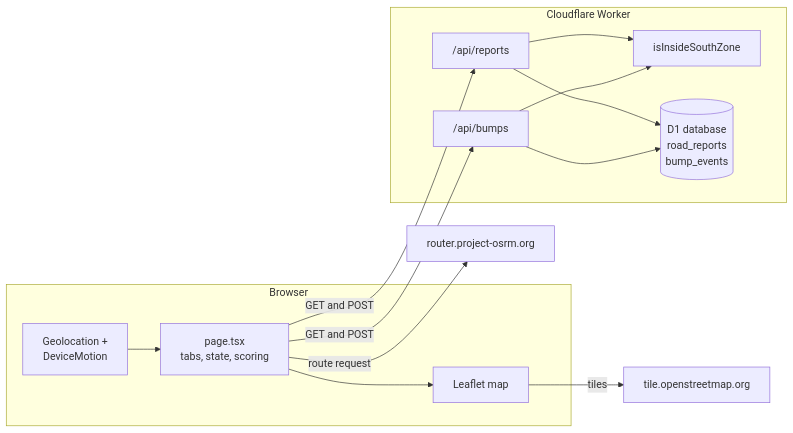
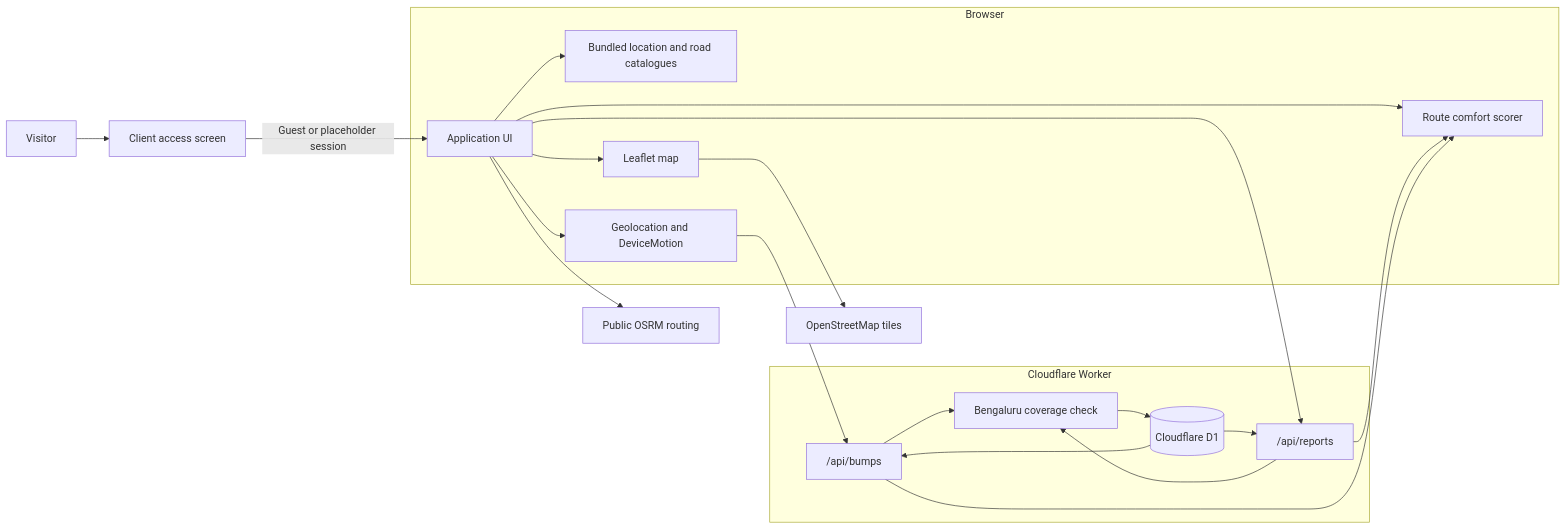
One commit to avinasharadya88/navigate changed the diagram in architecture.md. Above: the diagram before and after it, drawn with Mermaid. The commit also changed other lines of this file and 2 other files, not shown here.

Commit message:
docs: align product and architecture with district enhancements

````diff
--- a/architecture.md
+++ b/architecture.md
@@ -9,29 +9,28 @@
 ```mermaid
 flowchart LR
+    Visitor["Visitor"] --> Access["Client access screen"]
+    Access -->|Guest or placeholder session| UI["Application UI"]
+
     subgraph Browser
-        UI["page.tsx<br/>tabs, state, scoring"]
-        Map["Leaflet map"]
-        Sensors["Geolocation +<br/>DeviceMotion"]
+        UI --> Places["Bundled location and road catalogues"]
+        UI --> Map["Leaflet map"]
+        UI --> Sensors["Geolocation and DeviceMotion"]
+        UI --> Scorer["Route comfort scorer"]
     end
 
-    subgraph Edge["Cloudflare Worker"]
-        Reports["/api/reports"]
-        Bumps["/api/bumps"]
-        Fence["isInsideSouthZone"]
-        D1[("D1 database<br/>road_reports<br/>bump_events")]
+    Map --> OSM["OpenStreetMap tiles"]
+    UI --> OSRM["Public OSRM routing"]
+    UI --> Reports["/api/reports"]
+    Sensors --> Bumps["/api/bumps"]
+
+    subgraph Worker["Cloudflare Worker"]
+        Reports --> Fence["Bengaluru coverage check"]
+        Bumps --> Fence
+        Fence --> D1[("Cloudflare D1")]
     end
 
-    OSRM["router.project-osrm.org"]
-    OSM["tile.openstreetmap.org"]
-
-    UI --> Map
-    Sensors --> UI
-    Map -->|tiles| OSM
-    UI -->|route request| OSRM
-    UI -->|GET and POST| Reports
-    UI -->|GET and POST| Bumps
-    Reports --> Fence
-    Bumps --> Fence
-    Reports --> D1
-    Bumps --> D1
+    D1 --> Reports
+    D1 --> Bumps
+    Reports --> Scorer
+    Bumps --> Scorer
 ```
````
